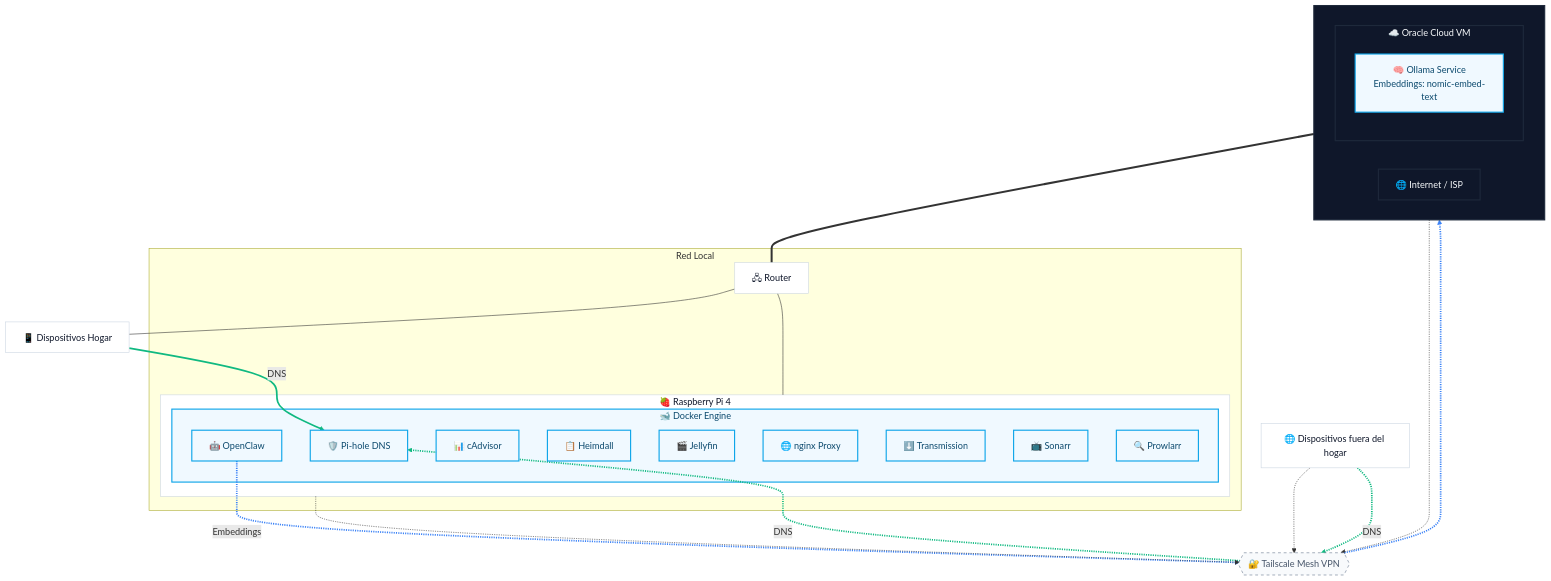
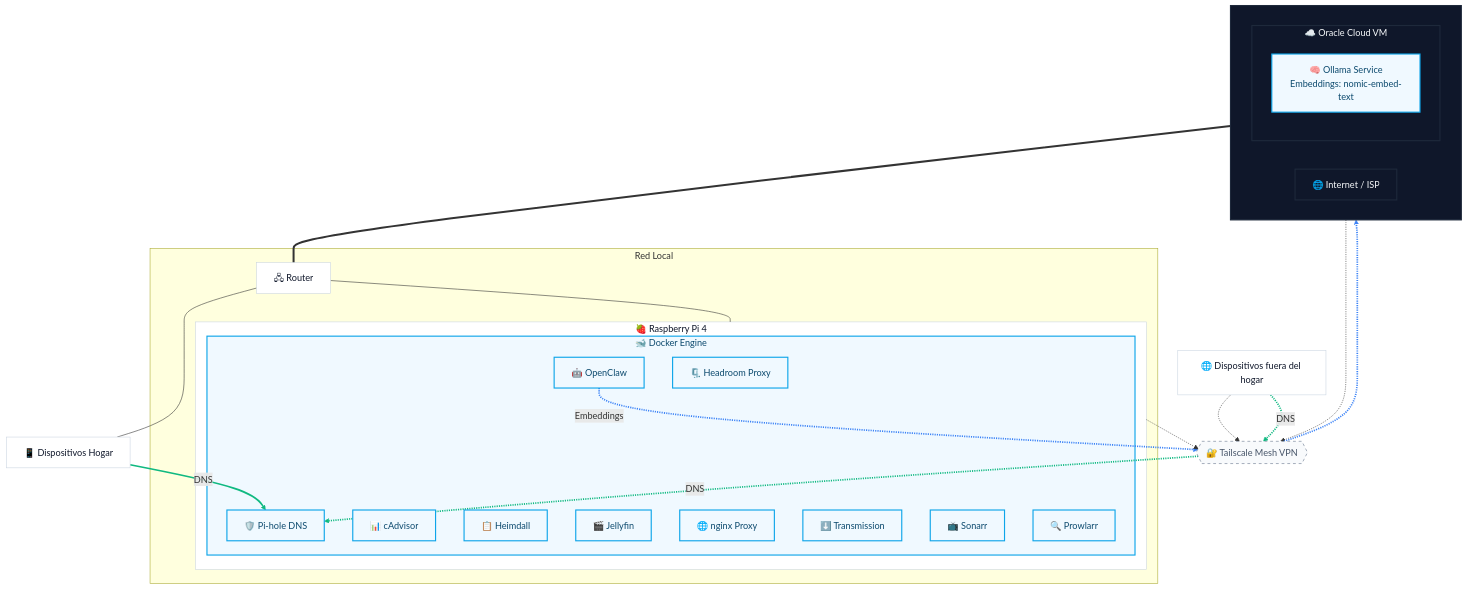
The diagram in docs/ARCHITECTURE.md (dcerbero/homelab), drawn with Mermaid before and after one commit. The commit also changed other lines of this file and 2 other files, not shown here.

````diff
--- a/docs/ARCHITECTURE.md
+++ b/docs/ARCHITECTURE.md
@@ -5,61 +5,62 @@
 ```mermaid
 graph TD
     classDef wan fill:#0f172a,stroke:#1e293b,stroke-width:2px,color:#f8fafc;
     classDef node fill:#ffffff,stroke:#cbd5e1,stroke-width:1px,color:#0f172a;
     classDef vpn fill:#f8fafc,stroke:#64748b,stroke-width:1px,stroke-dasharray: 5 5,color:#475569;
     classDef highlight fill:#f0f9ff,stroke:#0ea5e9,stroke-width:2px,color:#0c4a6e;
 
     subgraph WAN [ ]
         direction LR
         ISP[🌐 Internet / ISP]
         
         subgraph OCI_VM [☁️ Oracle Cloud VM]
             Ollama[🧠 Ollama Service\nEmbeddings: nomic-embed-text]
         end
     end
 
     Tailscale{{"🔐 Tailscale Mesh VPN"}}
 
     subgraph LAN [Red Local]
         Router[🖧 Router]
         subgraph Pi [🍓 Raspberry Pi 4]
             subgraph Docker [🐋 Docker Engine]
                 OpenClaw[🤖 OpenClaw]
+                Headroom[🗜️ Headroom Proxy]
                 PiHole[🛡️ Pi-hole DNS]
                 cAdvisor[📊 cAdvisor]
                 Heimdall[📋 Heimdall]
                 Jellyfin[🎬 Jellyfin]
                 Nginx[🌐 nginx Proxy]
                 Transmission[⬇️ Transmission]
                 Sonarr[📺 Sonarr]
                 Prowlarr[🔍 Prowlarr]
             end
         end
     end
 
     LocalDevices[📱 Dispositivos Hogar]
     RemoteNode[🌐 Dispositivos fuera del hogar]
 
     ISP === Router
     Router --- Pi
     Router --- LocalDevices
 
     Pi -.-> Tailscale
     OCI_VM -.-> Tailscale
     RemoteNode -.-> Tailscale
     
     OpenClaw -.->|Embeddings| Tailscale
     Tailscale -.-> OCI_VM
     
     LocalDevices ==>|DNS| PiHole
     RemoteNode -.->|DNS| Tailscale
     Tailscale -.->|DNS| PiHole
 
     class WAN,ISP,OCI_VM wan;
     class Router,Pi,LocalDevices,RemoteNode node;
     class Tailscale vpn;
-    class Docker,OpenClaw,PiHole,cAdvisor,Ollama,Heimdall,Jellyfin,Nginx,Transmission,Sonarr,Prowlarr highlight;
+    class Docker,OpenClaw,Headroom,PiHole,cAdvisor,Ollama,Heimdall,Jellyfin,Nginx,Transmission,Sonarr,Prowlarr highlight;
 
     linkStyle 6,7 stroke:#3b82f6,stroke-width:3px;
     linkStyle 8,9,10 stroke:#10b981,stroke-width:3px;
 ```
````
